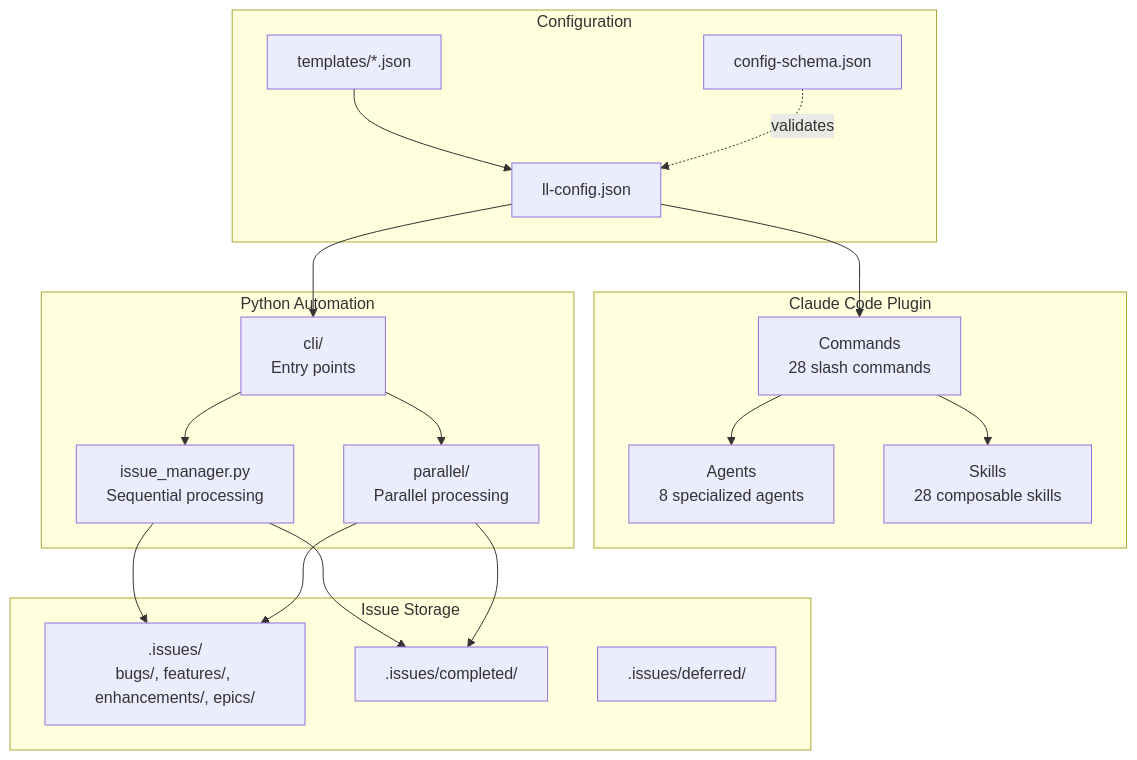
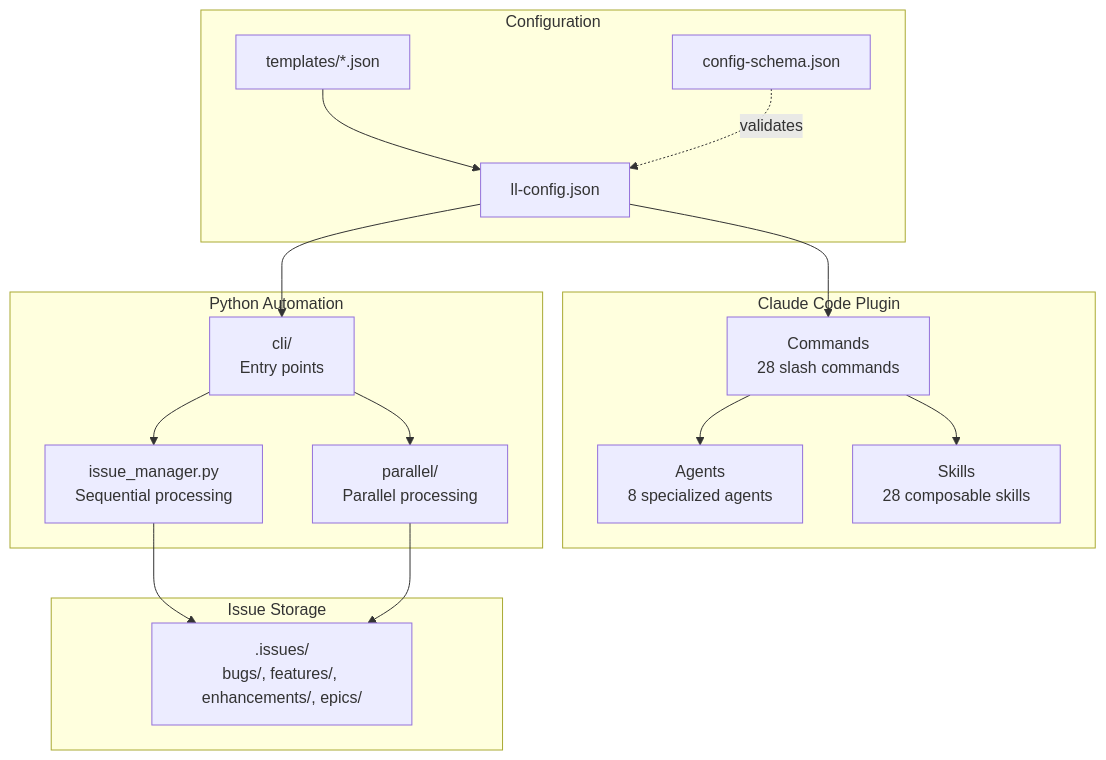
Before and after one commit to BrennonTWilliams/little-loops: the first of 13 diagrams in docs/ARCHITECTURE.md, drawn with Mermaid. The commit also changed other lines of this file and 33 other files, not shown here.

````diff
--- a/docs/ARCHITECTURE.md
+++ b/docs/ARCHITECTURE.md
@@ -21,39 +21,35 @@
 ```mermaid
 flowchart TB
     subgraph "Claude Code Plugin"
         CMD[Commands<br/>28 slash commands]
         AGT[Agents<br/>8 specialized agents]
         SKL[Skills<br/>28 composable skills]
     end
 
     subgraph "Configuration"
         CFG[ll-config.json]
         SCHEMA[config-schema.json]
         TPL[templates/*.json]
     end
 
     subgraph "Python Automation"
         CLI[cli/<br/>Entry points]
         AUTO[issue_manager.py<br/>Sequential processing]
         PARALLEL[parallel/<br/>Parallel processing]
     end
 
     subgraph "Issue Storage"
         ISSUES[.issues/<br/>bugs/, features/, enhancements/, epics/]
-        COMPLETED[.issues/completed/]
-        DEFERRED[.issues/deferred/]
     end
 
     CFG --> CMD
     TPL --> CFG
     SCHEMA -.->|validates| CFG
     CFG --> CLI
     CMD --> AGT
     CMD --> SKL
     CLI --> AUTO
     CLI --> PARALLEL
     AUTO --> ISSUES
     PARALLEL --> ISSUES
-    AUTO --> COMPLETED
-    PARALLEL --> COMPLETED
 ```
````
